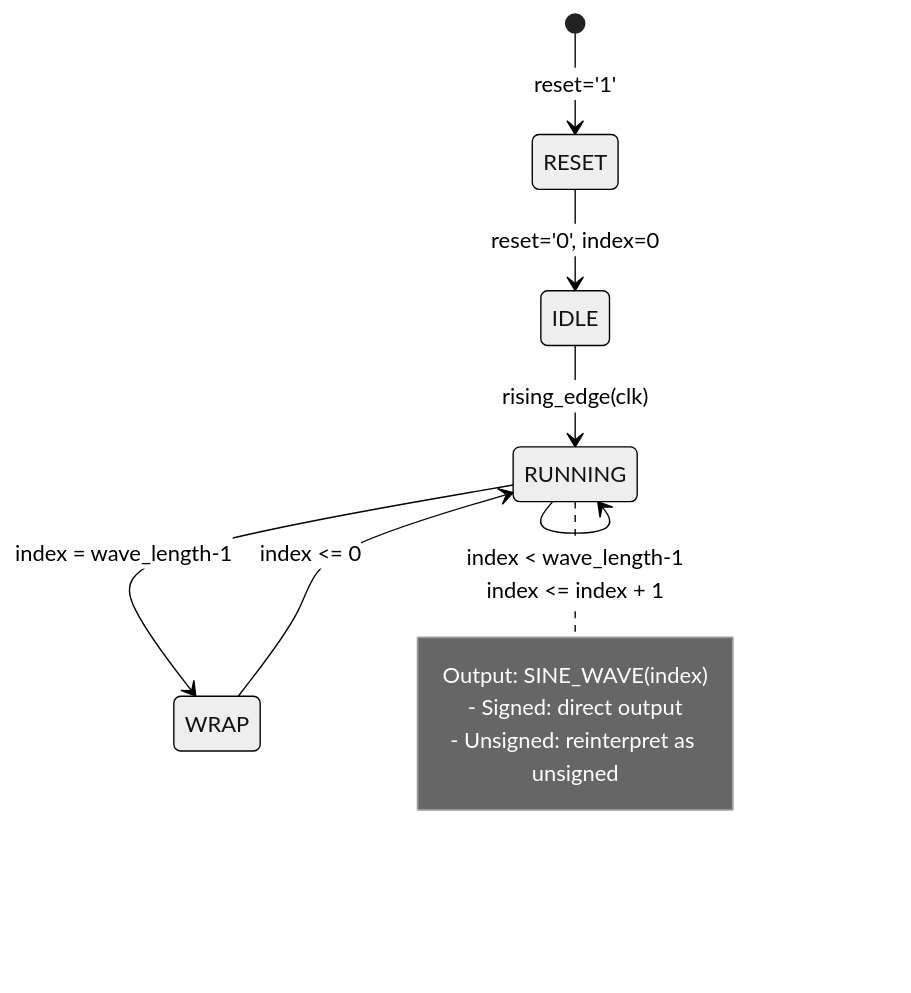
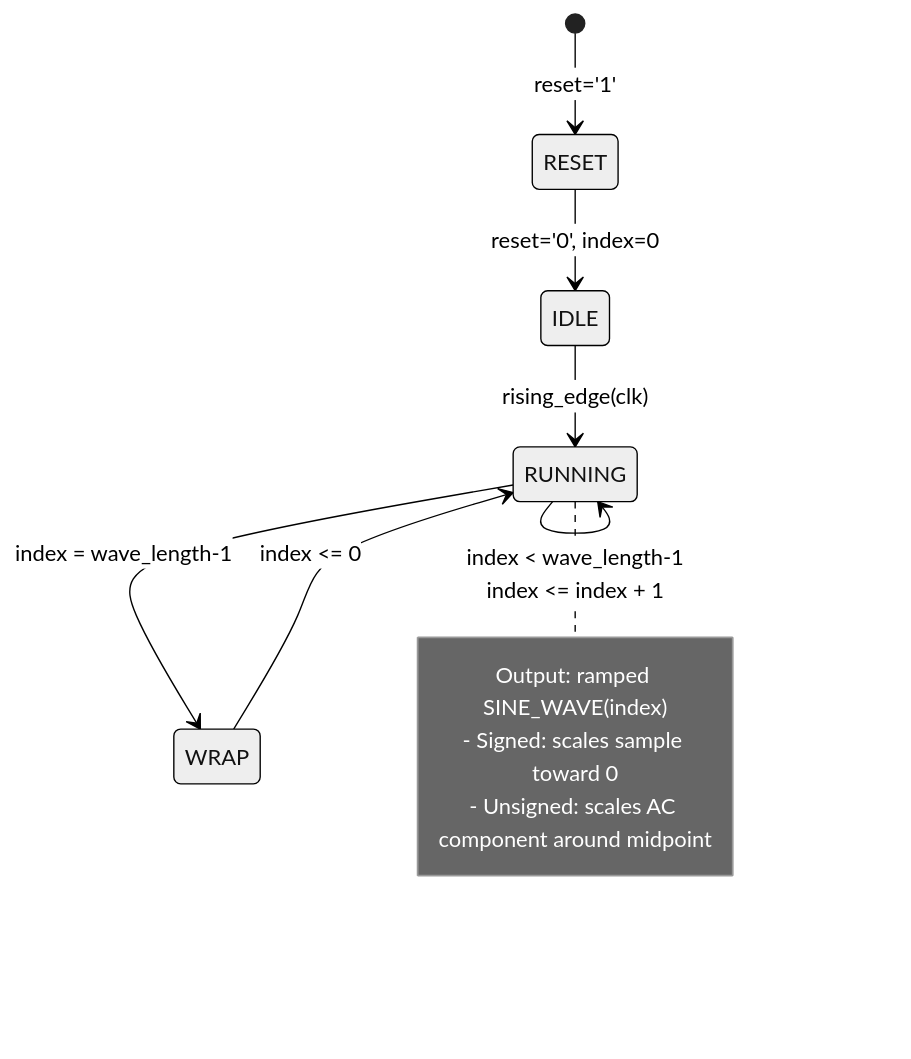
The fourth of 11 diagrams in docs/src/signal_chain/README.md (ekazakov1507/pwm_demo), drawn with Mermaid (neutral theme) before and after one commit. The commit also changed other lines of this file and 10 other files, not shown here.

````diff
--- a/docs/src/signal_chain/README.md
+++ b/docs/src/signal_chain/README.md
@@ -206,16 +215,16 @@
 ```mermaid
 stateDiagram-v2
     [*] --> RESET: reset='1'
     RESET --> IDLE: reset='0', index=0
 
     IDLE --> RUNNING: rising_edge(clk)
     RUNNING --> RUNNING: index < wave_length-1<br/>index <= index + 1
     RUNNING --> WRAP: index = wave_length-1
     WRAP --> RUNNING: index <= 0
 
     note right of RUNNING
-        Output: SINE_WAVE(index)
-        - Signed: direct output
-        - Unsigned: reinterpret as unsigned
+        Output: ramped SINE_WAVE(index)
+        - Signed: scales sample toward 0
+        - Unsigned: scales AC component around midpoint
     end note
 ```
````
